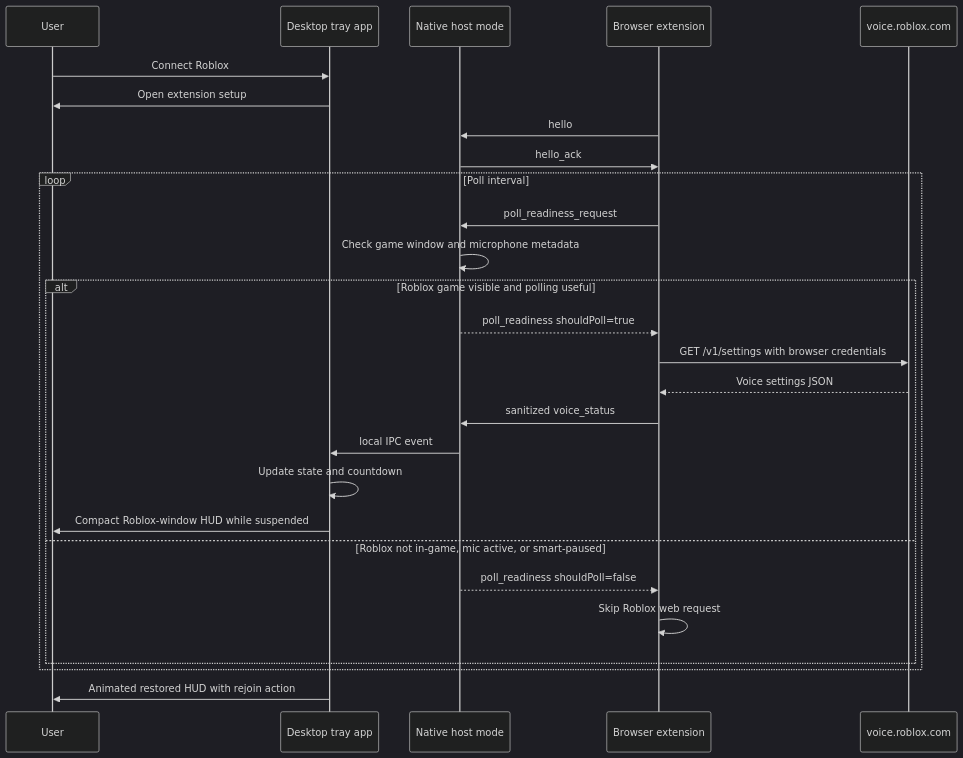
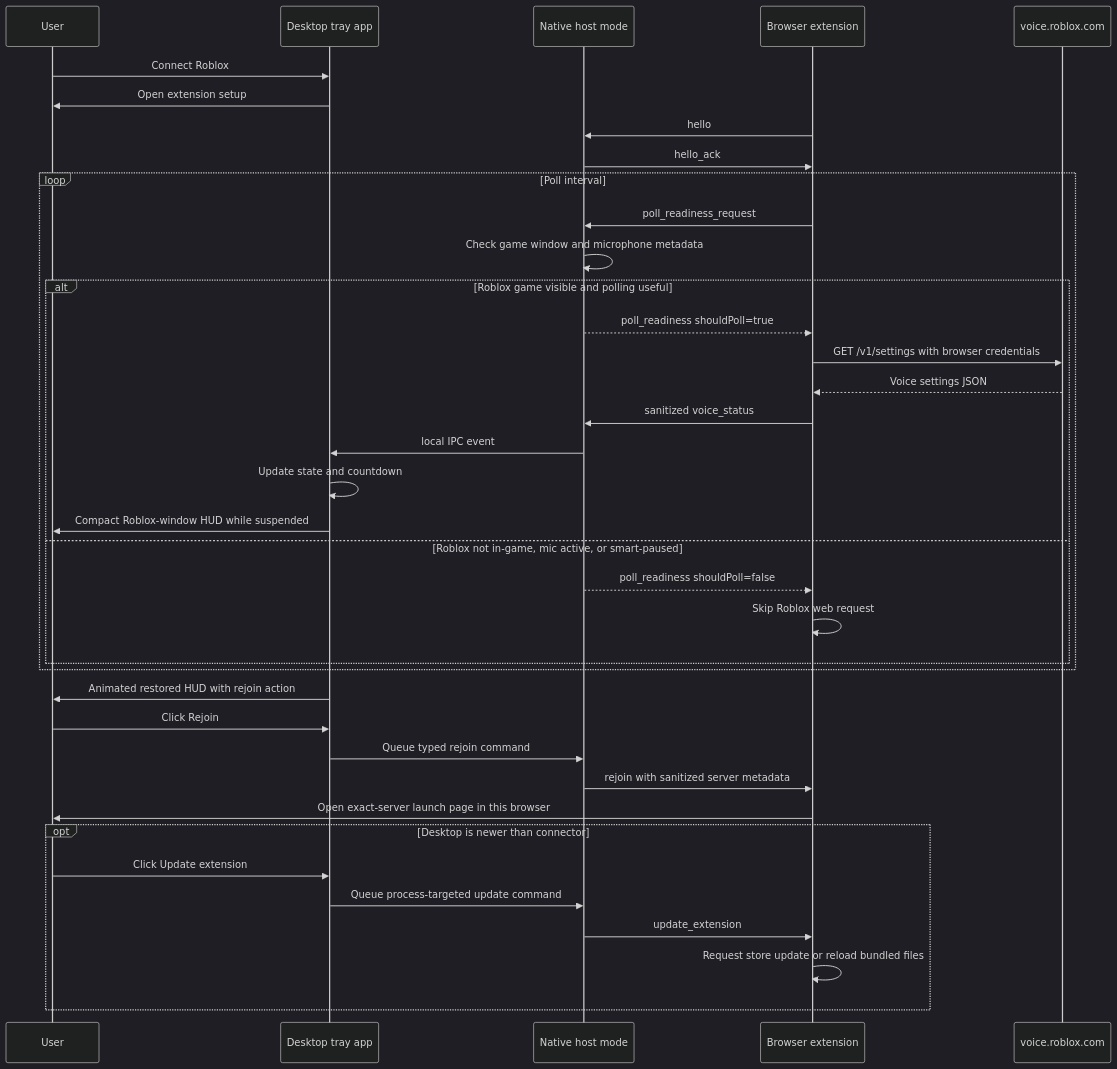
One commit to Qxshio/VoiceWatch changed the diagram in docs/ARCHITECTURE.md. Above: the diagram before and after it, drawn with Mermaid (dark theme). The commit also changed other lines of this file and 33 other files, not shown here.

````diff
--- a/docs/ARCHITECTURE.md
+++ b/docs/ARCHITECTURE.md
@@ -37,30 +41,40 @@
 ```mermaid
 sequenceDiagram
     participant User
     participant Tray as Desktop tray app
     participant Host as Native host mode
     participant Ext as Browser extension
     participant Roblox as voice.roblox.com
 
     User->>Tray: Connect Roblox
     Tray->>User: Open extension setup
     Ext->>Host: hello
     Host->>Ext: hello_ack
     loop Poll interval
         Ext->>Host: poll_readiness_request
         Host->>Host: Check game window and microphone metadata
         alt Roblox game visible and polling useful
             Host-->>Ext: poll_readiness shouldPoll=true
             Ext->>Roblox: GET /v1/settings with browser credentials
             Roblox-->>Ext: Voice settings JSON
             Ext->>Host: sanitized voice_status
             Host->>Tray: local IPC event
             Tray->>Tray: Update state and countdown
             Tray->>User: Compact Roblox-window HUD while suspended
         else Roblox not in-game, mic active, or smart-paused
             Host-->>Ext: poll_readiness shouldPoll=false
             Ext->>Ext: Skip Roblox web request
         end
     end
     Tray->>User: Animated restored HUD with rejoin action
+    User->>Tray: Click Rejoin
+    Tray->>Host: Queue typed rejoin command
+    Host->>Ext: rejoin with sanitized server metadata
+    Ext->>User: Open exact-server launch page in this browser
+    opt Desktop is newer than connector
+        User->>Tray: Click Update extension
+        Tray->>Host: Queue process-targeted update command
+        Host->>Ext: update_extension
+        Ext->>Ext: Request store update or reload bundled files
+    end
 ```
````
